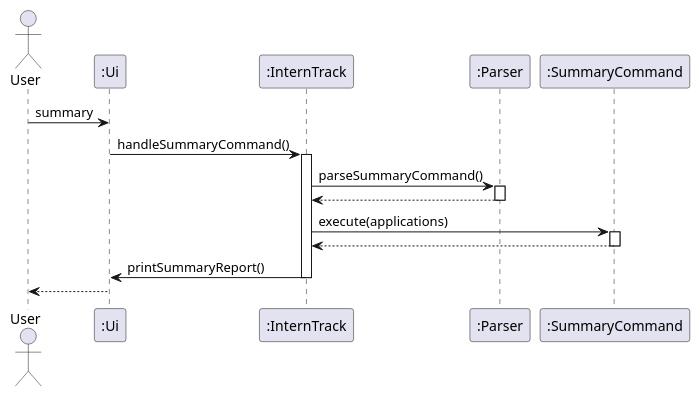
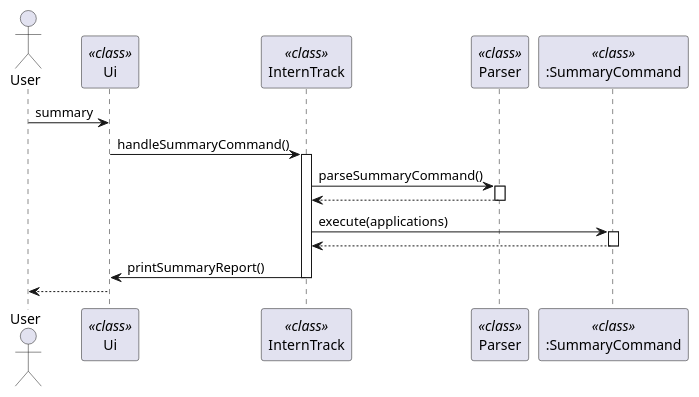
One commit to chuayongliang6/tp changed the diagram in docs/diagrams/summary_command_diag.puml. Above: the diagram before and after it, drawn with PlantUML. The commit also changed 5 other files, not shown here.

Commit message:
change diagram

```diff
--- a/docs/diagrams/summary_command_diag.puml
+++ b/docs/diagrams/summary_command_diag.puml
@@ -1,23 +1,23 @@
 @startuml
 actor User
-participant ":Ui" as Ui
-participant ":InternTrack" as InternTrack
-participant ":Parser" as Parser
-participant ":SummaryCommand" as SummaryCommand
+participant "Ui" as Ui<<class>>
+participant "InternTrack" as InternTrack<<class>>
+participant "Parser" as Parser<<class>>
+participant ":SummaryCommand" as SummaryCommand<<class>>
 
 User -> Ui : summary
 Ui -> InternTrack : handleSummaryCommand()
 activate InternTrack
 InternTrack -> Parser : parseSummaryCommand()
 activate Parser
 Parser --> InternTrack
 deactivate Parser
 
 InternTrack -> SummaryCommand : execute(applications)
 activate SummaryCommand
 SummaryCommand --> InternTrack
 deactivate SummaryCommand
 InternTrack -> Ui : printSummaryReport()
 deactivate InternTrack
 Ui --> User
 @enduml
```
